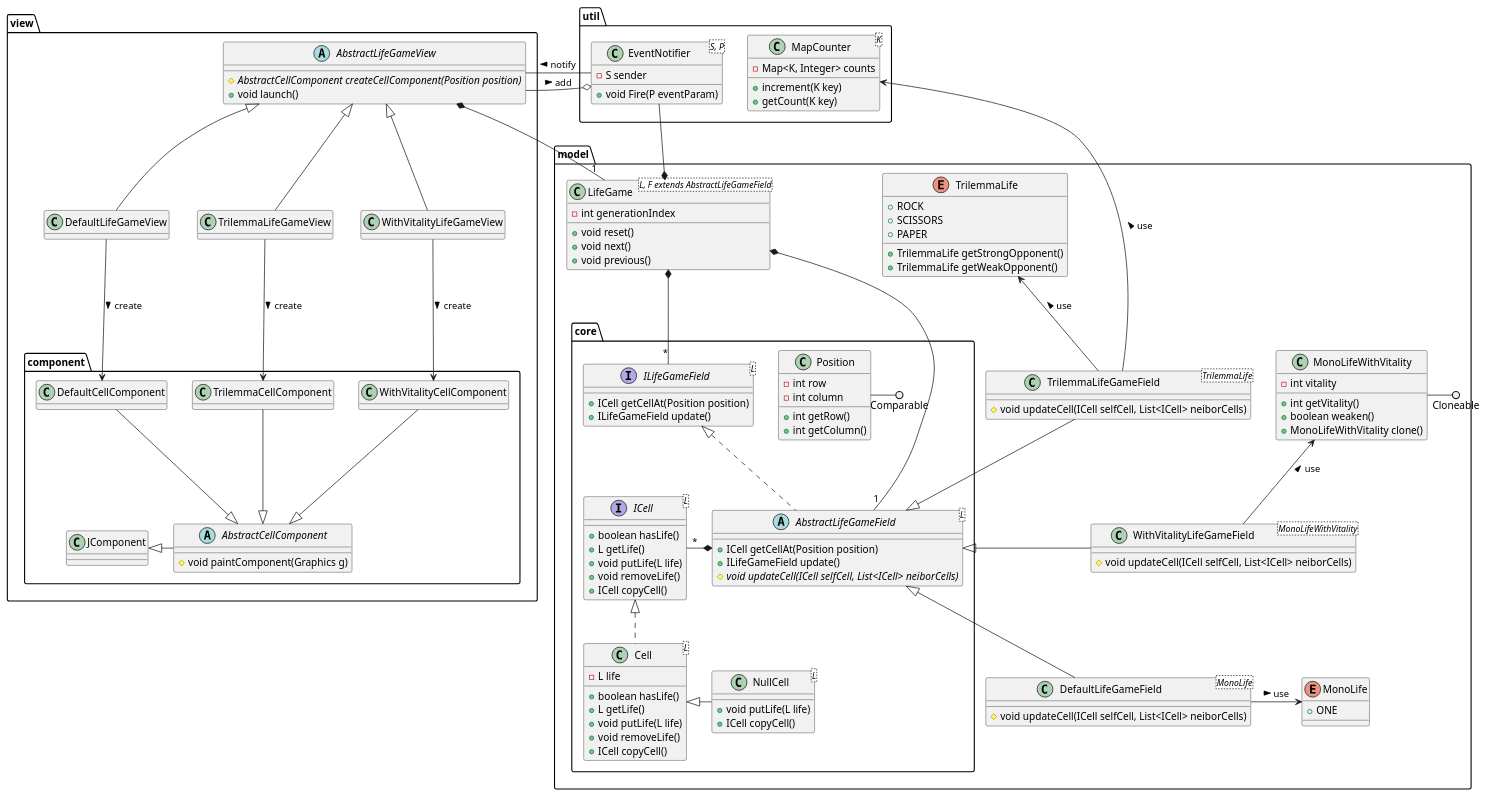
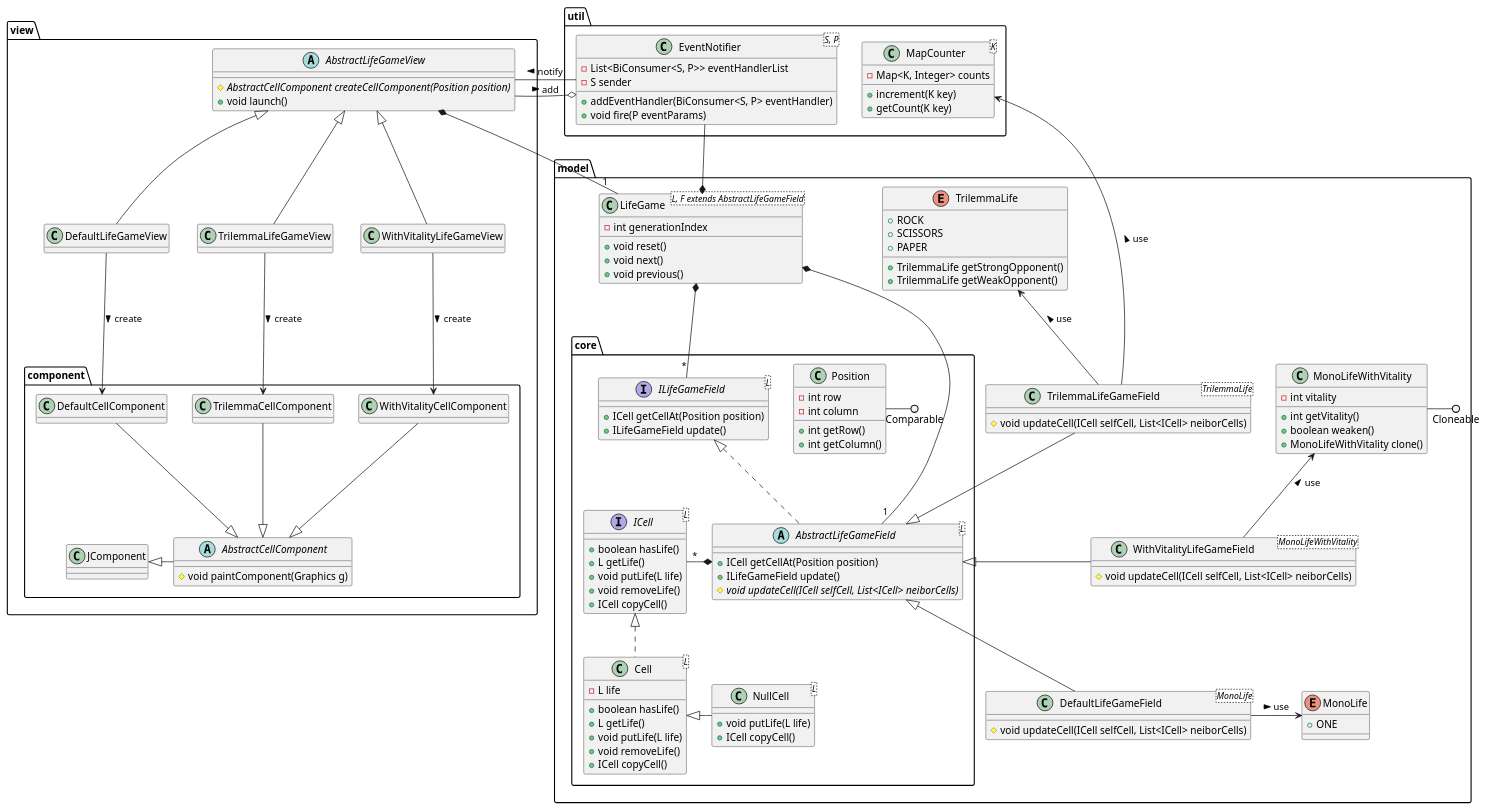
Before and after one commit to juno-nishizaki/lifegame-exercise: the diagram in ClassDiagram.plantuml, drawn with PlantUML.

Commit message:
クラス図の誤記修正、不足分を追記
EventNotifier のフィールドおよびメソッドを修正、追記しました。

```diff
--- a/ClassDiagram.plantuml
+++ b/ClassDiagram.plantuml
@@ -1,185 +1,187 @@
 @startuml LifeGame
 
 package view {
 
     package component {
 
         abstract class AbstractCellComponent {
             # void paintComponent(Graphics g)
         }
 
         class DefaultCellComponent {
             # void paintComponent(Graphics g)
         }
 
         class TrilemmaCellComponent {
             # void paintComponent(Graphics g)
         }
 
         class WithVitalityCellComponent {
             # void paintComponent(Graphics g)
         }
 
         JComponent <|-right- AbstractCellComponent
         AbstractCellComponent <|-up- DefaultCellComponent
         AbstractCellComponent <|-up- TrilemmaCellComponent
         AbstractCellComponent <|-up- WithVitalityCellComponent
 
         hide DefaultCellComponent methods
         hide TrilemmaCellComponent methods
         hide WithVitalityCellComponent methods
 
     }
 
     abstract class AbstractLifeGameView {
         # {abstract} AbstractCellComponent createCellComponent(Position position)
         + void launch()
     }
 
     class DefaultLifeGameView {
         # DefaultCellComponent createCellComponent(Position position)
     }    
 
     class TrilemmaLifeGameView {
         # TrilemmaCellComponent createCellComponent(Position position)
     }    
 
     class WithVitalityLifeGameView {
         # WithVitalityCellComponent createCellComponent(Position position)
     }    
 
     AbstractLifeGameView <|-- DefaultLifeGameView
     AbstractLifeGameView <|-- TrilemmaLifeGameView
     AbstractLifeGameView <|-- WithVitalityLifeGameView
 
     DefaultLifeGameView --> DefaultCellComponent : > create
     TrilemmaLifeGameView --> TrilemmaCellComponent : > create
     WithVitalityLifeGameView --> WithVitalityCellComponent : > create
 
     hide DefaultLifeGameView methods
     hide TrilemmaLifeGameView methods
     hide WithVitalityLifeGameView methods
     
 }
 
 package model {
 
     package core {
 
         interface ICell<L> {
             + boolean hasLife()
             + L getLife()
             + void putLife(L life)
             + void removeLife()
             + ICell copyCell()
         }
 
         class Cell<L> {
             - L life
             + boolean hasLife()
             + L getLife()
             + void putLife(L life)
             + void removeLife()
             + ICell copyCell()
         }
 
         class NullCell<L> {
             + void putLife(L life)
             + ICell copyCell()
         }
 
         class Position {
             - int row
             - int column
             + int getRow()
             + int getColumn()
         }
 
         interface ILifeGameField<L> {
             + ICell getCellAt(Position position)
             + ILifeGameField update()
         }
 
         abstract class AbstractLifeGameField<L> {
             + ICell getCellAt(Position position)
             + ILifeGameField update()
             # {abstract} void updateCell(ICell selfCell, List<ICell> neiborCells)
         }
 
         ICell <|.. Cell
         Cell <|-right- NullCell
         ILifeGameField <|.. AbstractLifeGameField
         AbstractLifeGameField *-left- "*" ICell  
         Position -() Comparable 
     }
 
     enum MonoLife {
         + ONE
     }
 
     enum TrilemmaLife {
         + ROCK
         + SCISSORS
         + PAPER
         + TrilemmaLife getStrongOpponent()
         + TrilemmaLife getWeakOpponent()
     }
 
     class MonoLifeWithVitality {
         - int vitality
         + int getVitality()
         + boolean weaken()
         + MonoLifeWithVitality clone()
     }
 
     class DefaultLifeGameField<MonoLife> {
         # void updateCell(ICell selfCell, List<ICell> neiborCells)
     }
 
     class TrilemmaLifeGameField<TrilemmaLife> {
         # void updateCell(ICell selfCell, List<ICell> neiborCells)
     }
 
     class WithVitalityLifeGameField<MonoLifeWithVitality> {
         # void updateCell(ICell selfCell, List<ICell> neiborCells)
     }
 
     class LifeGame<L, F extends AbstractLifeGameField> {
         - int generationIndex
         + void reset()
         + void next()
         + void previous()
     }
 
     DefaultLifeGameField -right-> MonoLife : > use
     TrilemmaLifeGameField -up-> TrilemmaLife : > use
     WithVitalityLifeGameField -up-> MonoLifeWithVitality : > use
     AbstractLifeGameField <|-down- DefaultLifeGameField
     AbstractLifeGameField <|-up- TrilemmaLifeGameField
     AbstractLifeGameField <|-right- WithVitalityLifeGameField
     LifeGame *-- "1" AbstractLifeGameField
     LifeGame *-- "*" ILifeGameField
     MonoLifeWithVitality -() Cloneable 
 }
 
 package util {
 
     class EventNotifier<S, P> {
+        - List<BiConsumer<S, P>> eventHandlerList
         - S sender
-        + void Fire(P eventParam)
+        + addEventHandler(BiConsumer<S, P> eventHandler)
+        + void fire(P eventParams)
     }
 
     class MapCounter<K> {
         - Map<K, Integer> counts
         + increment(K key)
         + getCount(K key)
     }
 
 }
 
 LifeGame *-up- EventNotifier
 TrilemmaLifeGameField -up-> MapCounter : > use
 AbstractLifeGameView *-- "1" LifeGame
 EventNotifier o-right- AbstractLifeGameView  : < add
 AbstractLifeGameView -left-  EventNotifier : < notify
 @enduml
```
